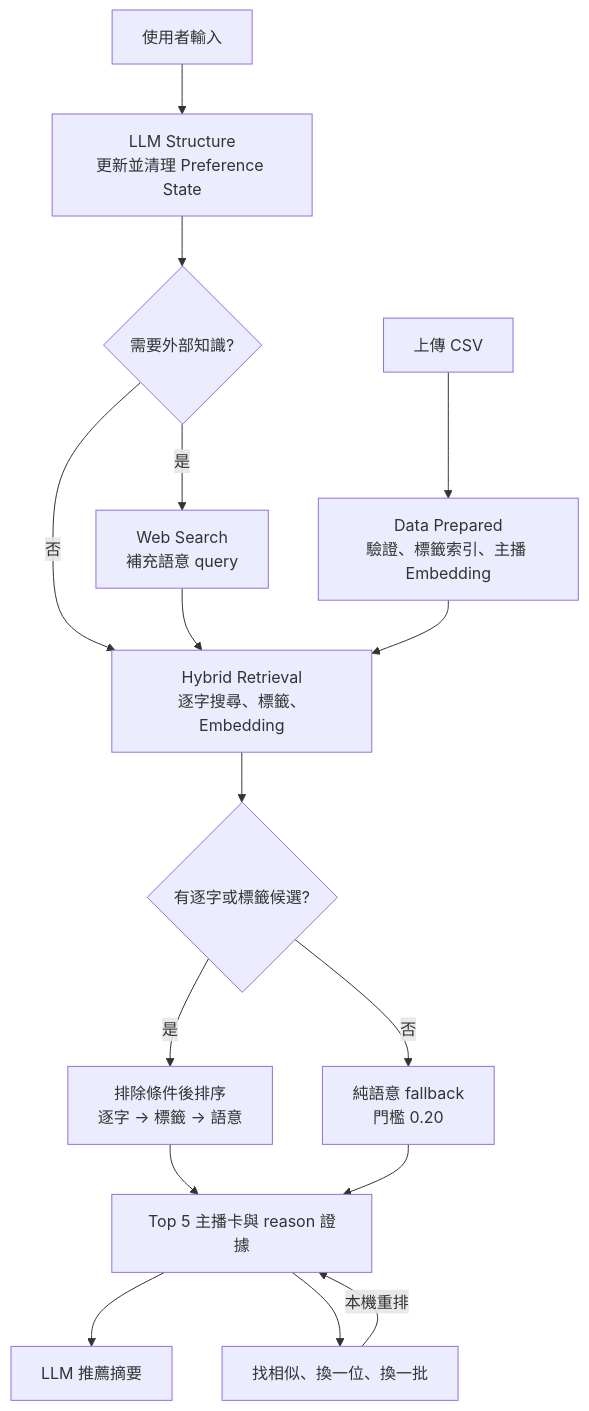
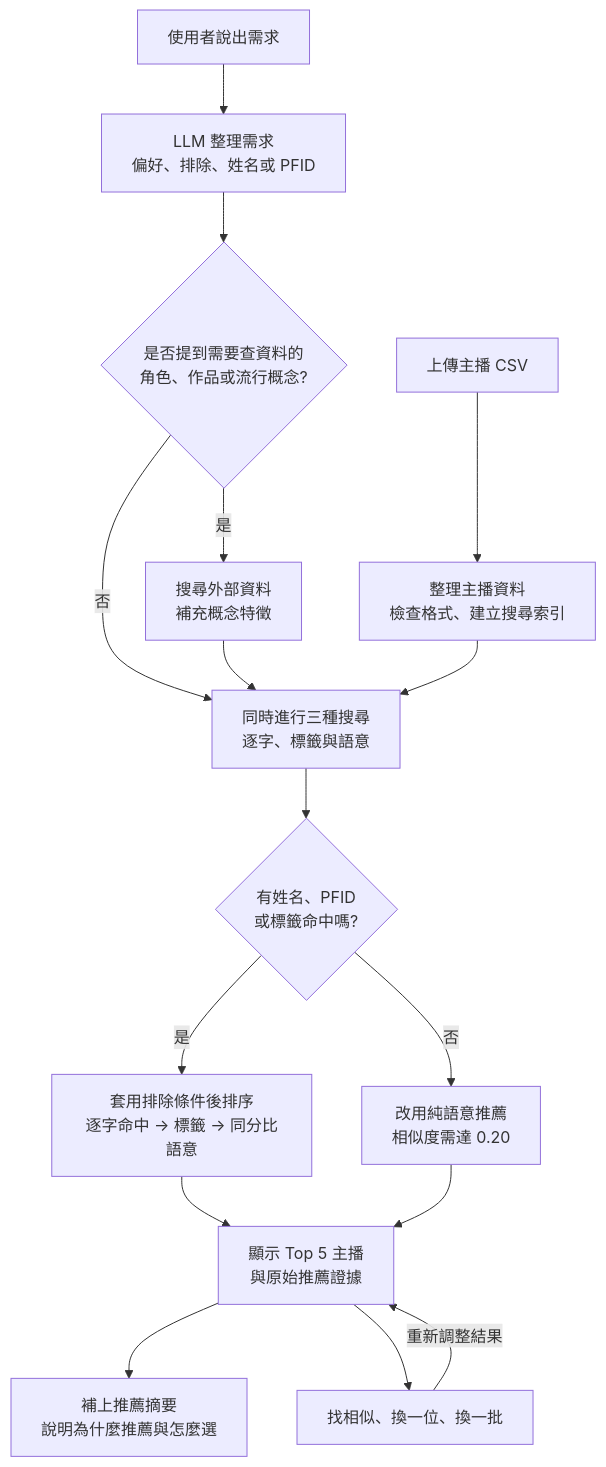
The first of 2 diagrams in README.md (zzzpatr/streamer_recommend), drawn with Mermaid before and after one commit. The commit also changed other lines of this file, not shown here.

````diff
--- a/README.md
+++ b/README.md
@@ -46,18 +46,18 @@
 ```mermaid
 flowchart TD
-    CSV[上傳 CSV] --> PREP[Data Prepared<br/>驗證、標籤索引、主播 Embedding]
-    INPUT[使用者輸入] --> STATE[LLM Structure<br/>更新並清理 Preference State]
-    STATE --> WEB{需要外部知識?}
-    WEB -- 是 --> EXPAND[Web Search<br/>補充語意 query]
-    WEB -- 否 --> RETRIEVE[Hybrid Retrieval<br/>逐字搜尋、標籤、Embedding]
+    CSV[上傳主播 CSV] --> PREP[整理主播資料<br/>檢查格式、建立搜尋索引]
+    INPUT[使用者說出需求] --> STATE[LLM 整理需求<br/>偏好、排除、姓名或 PFID]
+    STATE --> WEB{是否提到需要查資料的<br/>角色、作品或流行概念?}
+    WEB -- 是 --> EXPAND[搜尋外部資料<br/>補充概念特徵]
+    WEB -- 否 --> RETRIEVE[同時進行三種搜尋<br/>逐字、標籤與語意]
     EXPAND --> RETRIEVE
     PREP --> RETRIEVE
-    RETRIEVE --> CANDIDATE{有逐字或標籤候選?}
-    CANDIDATE -- 是 --> RANK[排除條件後排序<br/>逐字 → 標籤 → 語意]
-    CANDIDATE -- 否 --> SEMANTIC[純語意 fallback<br/>門檻 0.20]
-    RANK --> TOP[Top 5 主播卡與 reason 證據]
+    RETRIEVE --> CANDIDATE{有姓名、PFID<br/>或標籤命中嗎?}
+    CANDIDATE -- 是 --> RANK[套用排除條件後排序<br/>逐字命中 → 標籤 → 同分比語意]
+    CANDIDATE -- 否 --> SEMANTIC[改用純語意推薦<br/>相似度需達 0.20]
+    RANK --> TOP[顯示 Top 5 主播<br/>與原始推薦證據]
     SEMANTIC --> TOP
-    TOP --> SUMMARY[LLM 推薦摘要]
+    TOP --> SUMMARY[補上推薦摘要<br/>說明為什麼推薦與怎麼選]
     TOP --> CONTROL[找相似、換一位、換一批]
-    CONTROL -- 本機重排 --> TOP
+    CONTROL -- 重新調整結果 --> TOP
 ```
````
